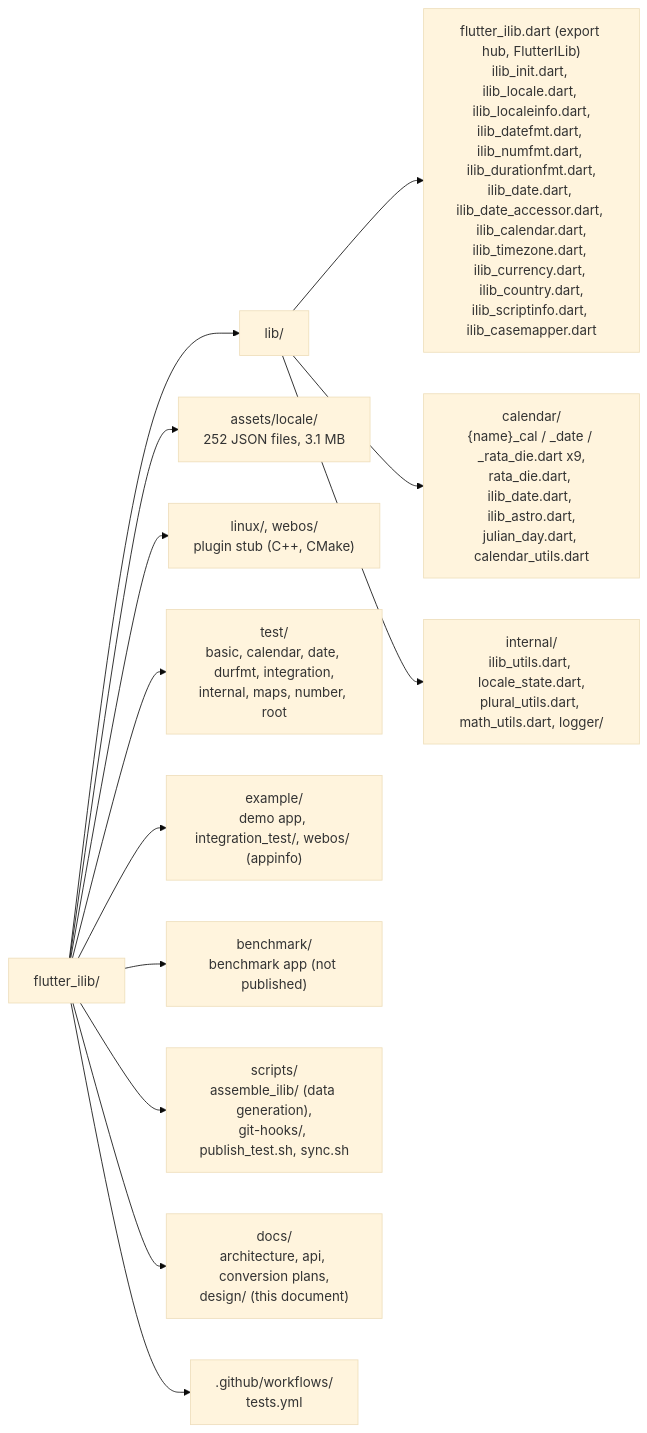
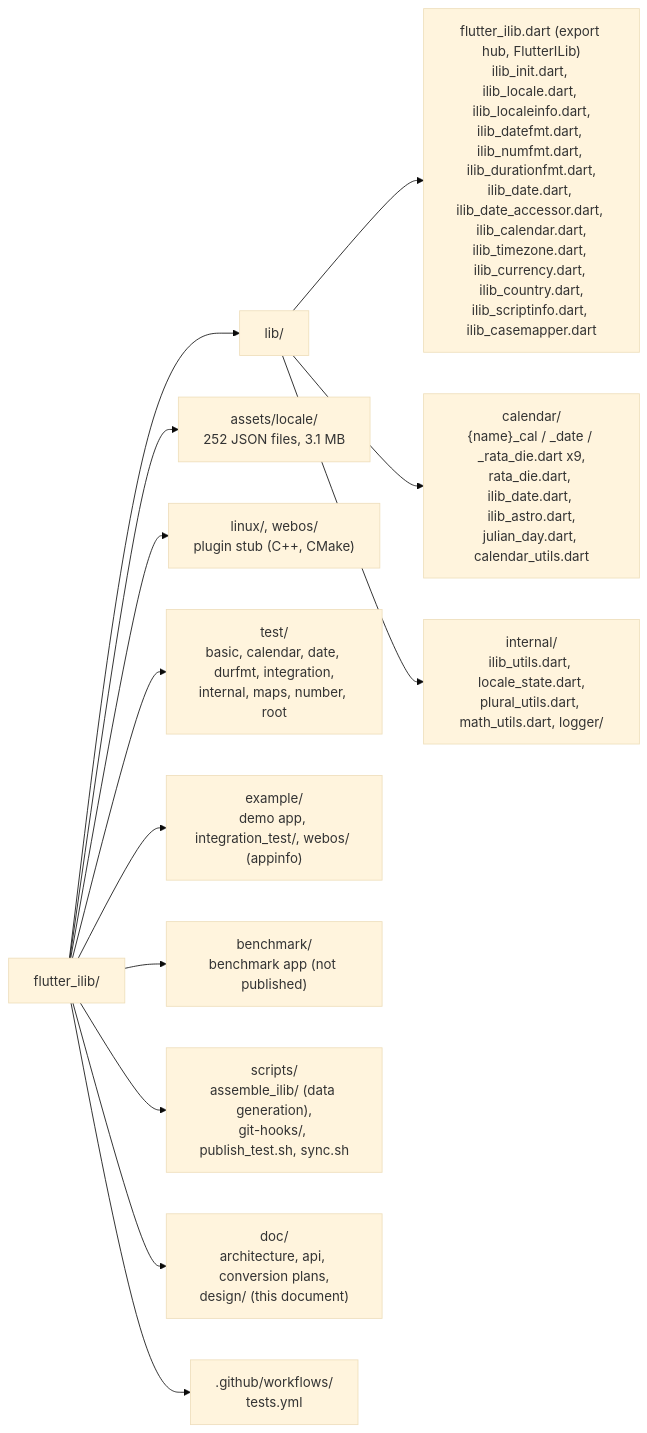
Before and after one commit to iLib-js/flutter_ilib: the tenth of 10 diagrams in doc/design/LLD_flutter_ilib.md, drawn with Mermaid (base theme). The commit also changed other lines of this file, not shown here.

First line of the commit message:
docs(design): apply review feedback to LLD content

````diff
--- a/doc/design/LLD_flutter_ilib.md
+++ b/doc/design/LLD_flutter_ilib.md
@@ -837,16 +840,16 @@
 ```mermaid
 graph LR
     Root["flutter_ilib/"]
     Root --> Lib["lib/"]
     Lib --> LibTop["flutter_ilib.dart (export hub, FlutterILib)<br/>ilib_init.dart, ilib_locale.dart, ilib_localeinfo.dart,<br/>ilib_datefmt.dart, ilib_numfmt.dart, ilib_durationfmt.dart,<br/>ilib_date.dart, ilib_date_accessor.dart, ilib_calendar.dart,<br/>ilib_timezone.dart, ilib_currency.dart, ilib_country.dart,<br/>ilib_scriptinfo.dart, ilib_casemapper.dart"]
     Lib --> LibCal["calendar/<br/>{name}_cal / _date / _rata_die.dart x9,<br/>rata_die.dart, ilib_date.dart, ilib_astro.dart,<br/>julian_day.dart, calendar_utils.dart"]
     Lib --> LibInt["internal/<br/>ilib_utils.dart, locale_state.dart,<br/>plural_utils.dart, math_utils.dart, logger/"]
     Root --> Assets["assets/locale/<br/>252 JSON files, 3.1 MB"]
     Root --> Native["linux/, webos/<br/>plugin stub (C++, CMake)"]
     Root --> Test["test/<br/>basic, calendar, date, durfmt, integration,<br/>internal, maps, number, root"]
     Root --> Example["example/<br/>demo app, integration_test/, webos/ (appinfo)"]
     Root --> Bench["benchmark/<br/>benchmark app (not published)"]
     Root --> Scripts["scripts/<br/>assemble_ilib/ (data generation),<br/>git-hooks/, publish_test.sh, sync.sh"]
-    Root --> Docs["docs/<br/>architecture, api, conversion plans,<br/>design/ (this document)"]
+    Root --> Docs["doc/<br/>architecture, api, conversion plans,<br/>design/ (this document)"]
     Root --> CI[".github/workflows/<br/>tests.yml"]
 ```
````
